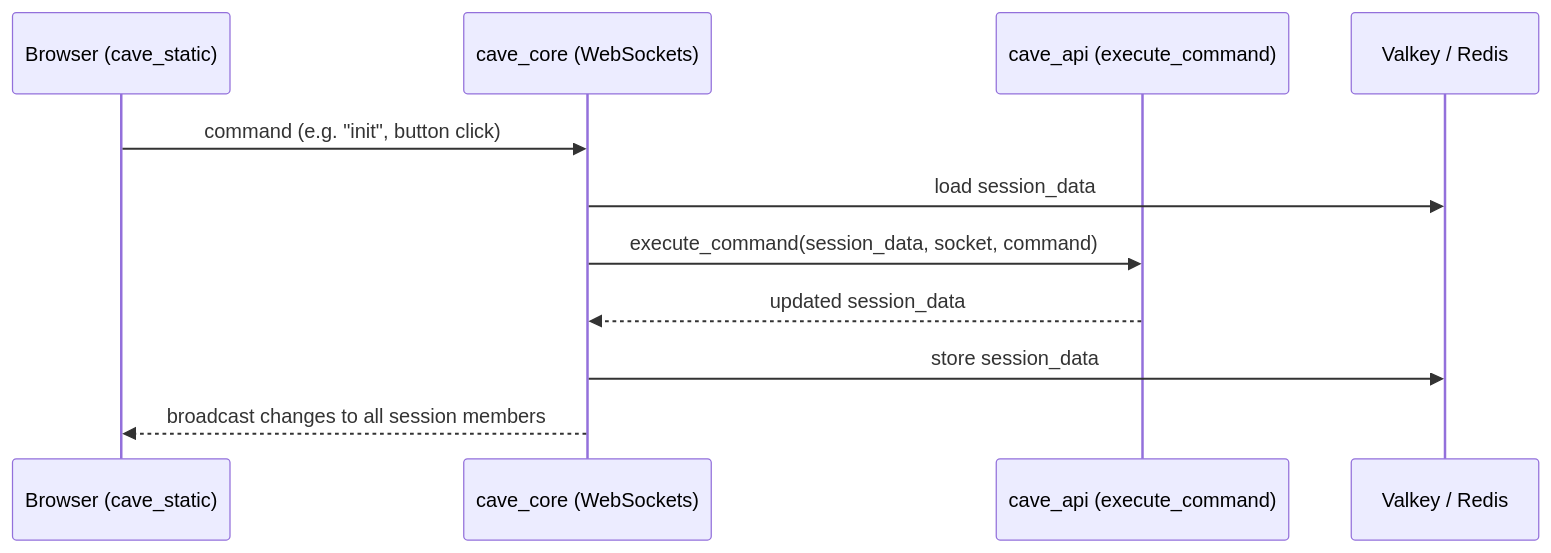
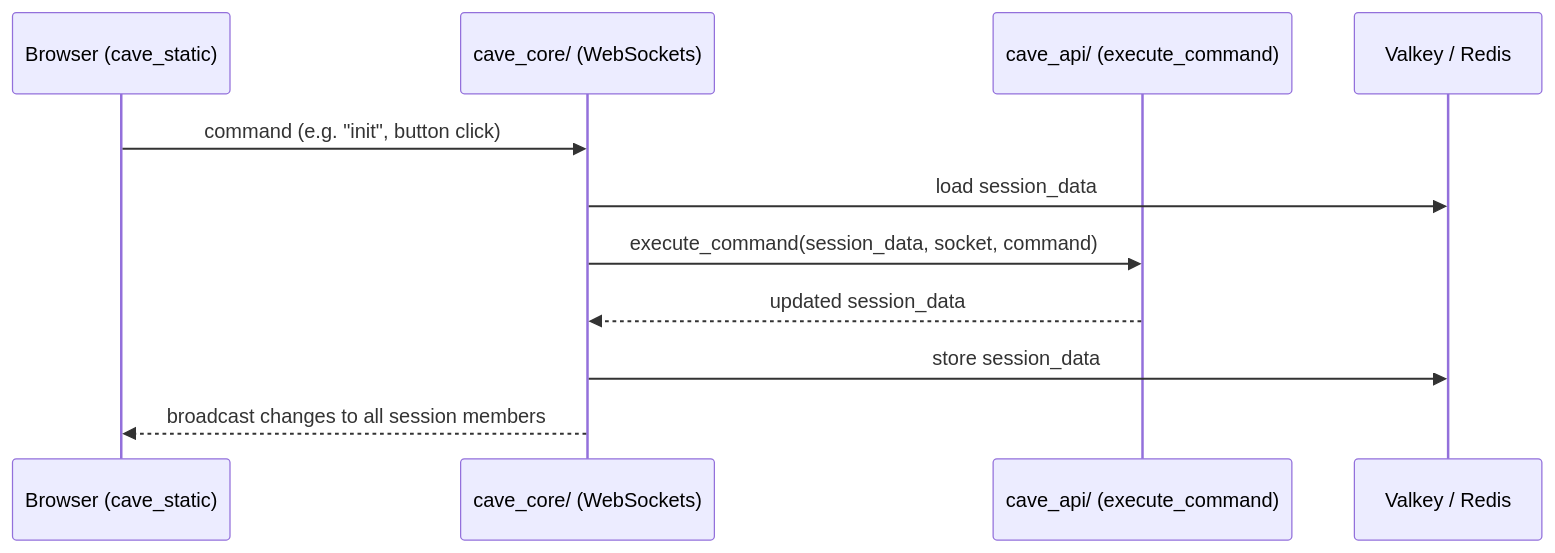
One commit to MIT-CAVE/cave_app changed the third of 3 diagrams in docs/ARCHITECTURE.md. Above: the diagram before and after it, drawn with Mermaid. The commit also changed other lines of this file, not shown here.

First line of the commit message:
Normalize architecture terminology: repository, service, component

````diff
--- a/docs/ARCHITECTURE.md
+++ b/docs/ARCHITECTURE.md
@@ -82,13 +88,13 @@
 ```mermaid
 sequenceDiagram
     participant UI as Browser (cave_static)
-    participant WS as cave_core (WebSockets)
-    participant API as cave_api (execute_command)
+    participant WS as cave_core/ (WebSockets)
+    participant API as cave_api/ (execute_command)
     participant C as Valkey / Redis
     UI->>WS: command (e.g. "init", button click)
     WS->>C: load session_data
     WS->>API: execute_command(session_data, socket, command)
     API-->>WS: updated session_data
     WS->>C: store session_data
     WS-->>UI: broadcast changes to all session members
 ```
````
